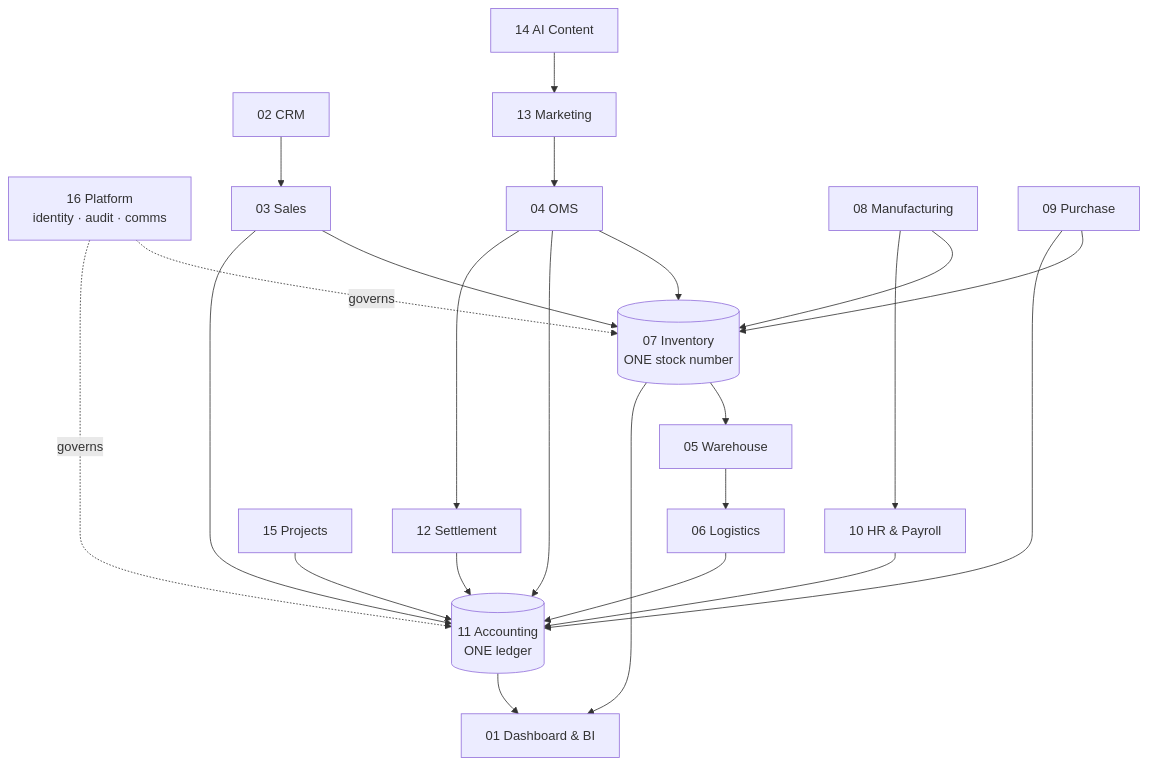
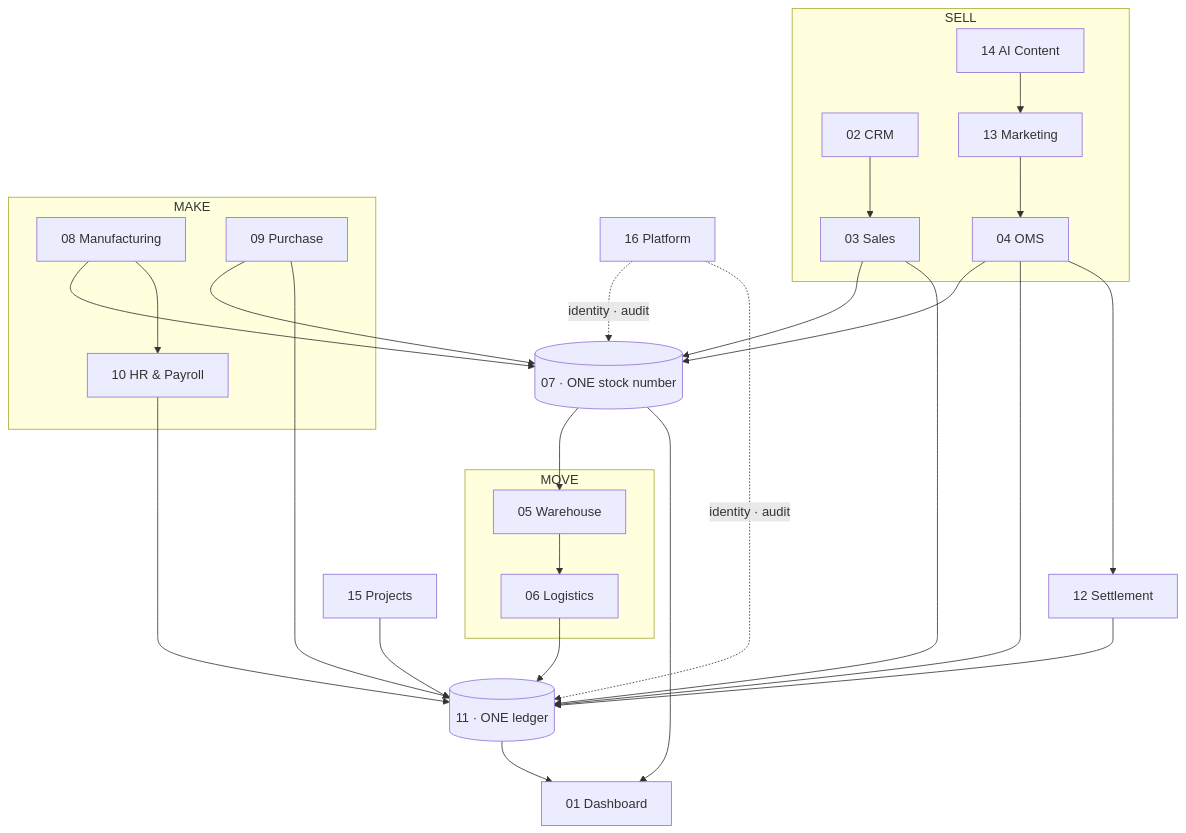
Before and after one commit to vastrangam/AI_Content_Engine: the diagram in PLAN_OF_ACTION.md, drawn with Mermaid. The commit also changed other lines of this file and 1 other file, not shown here.

````diff
--- a/PLAN_OF_ACTION.md
+++ b/PLAN_OF_ACTION.md
@@ -34,24 +22,23 @@
 ```mermaid
 flowchart TB
-  M16[16 Platform<br/>identity · audit · comms]
-  M02[02 CRM] --> M03[03 Sales]
-  M13[13 Marketing] --> M04[04 OMS]
-  M14[14 AI Content] --> M13
-  M03 --> INV[(07 Inventory<br/>ONE stock number)]
-  M04 --> INV
-  M08[08 Manufacturing] --> INV
-  M09[09 Purchase] --> INV
-  INV --> M05[05 Warehouse] --> M06[06 Logistics]
-  M03 --> GL[(11 Accounting<br/>ONE ledger)]
-  M04 --> GL
-  M06 --> GL
-  M09 --> GL
-  M10[10 HR & Payroll] --> GL
-  M15[15 Projects] --> GL
-  M04 --> M12[12 Settlement] --> GL
-  M08 --> M10
-  GL --> M01[01 Dashboard & BI]
-  INV --> M01
-  M16 -.governs.-> INV
-  M16 -.governs.-> GL
+  subgraph SELL[SELL]
+    M02[02 CRM]; M03[03 Sales]; M04[04 OMS]; M13[13 Marketing]; M14[14 AI Content]
+  end
+  subgraph MAKE[MAKE]
+    M08[08 Manufacturing]; M09[09 Purchase]; M10[10 HR & Payroll]
+  end
+  subgraph MOVE[MOVE]
+    M05[05 Warehouse]; M06[06 Logistics]
+  end
+  INV[(07 · ONE stock number)]
+  GL[(11 · ONE ledger)]
+  M12[12 Settlement]; M01[01 Dashboard]; M15[15 Projects]; M16[16 Platform]
+
+  M02-->M03; M14-->M13-->M04
+  M03-->INV; M04-->INV; M08-->INV; M09-->INV
+  INV-->M05-->M06
+  M03-->GL; M04-->GL; M06-->GL; M09-->GL; M10-->GL; M15-->GL
+  M04-->M12-->GL; M08-->M10
+  INV-->M01; GL-->M01
+  M16-.identity · audit.->INV; M16-.identity · audit.->GL
 ```
````
